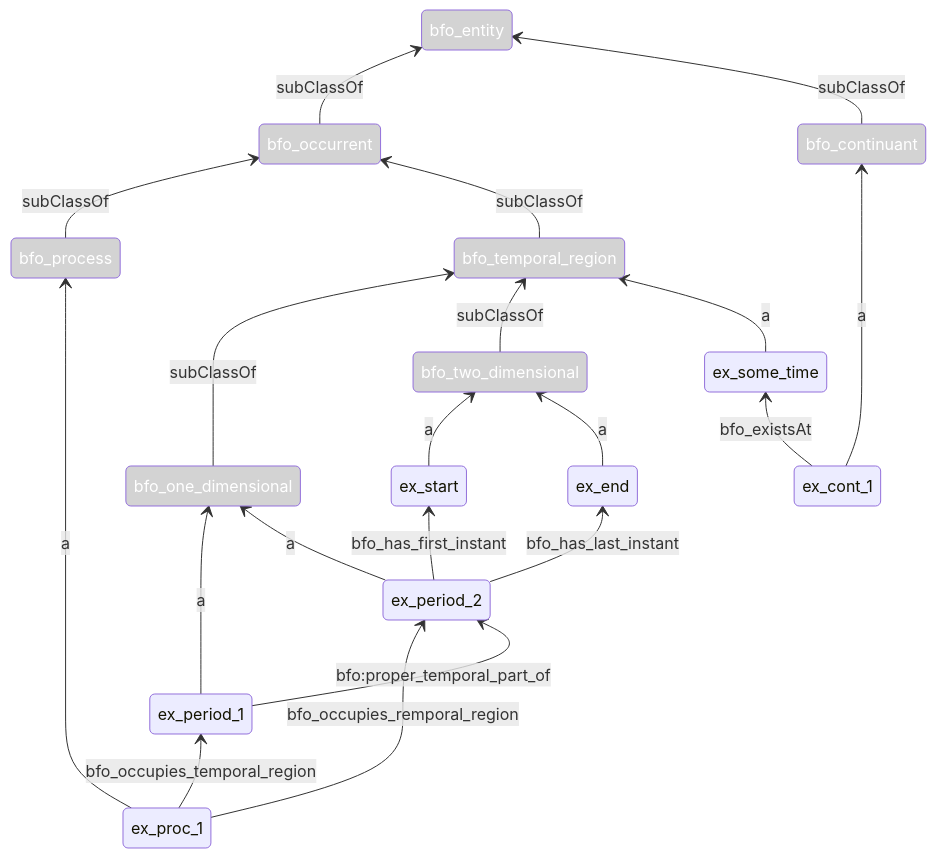
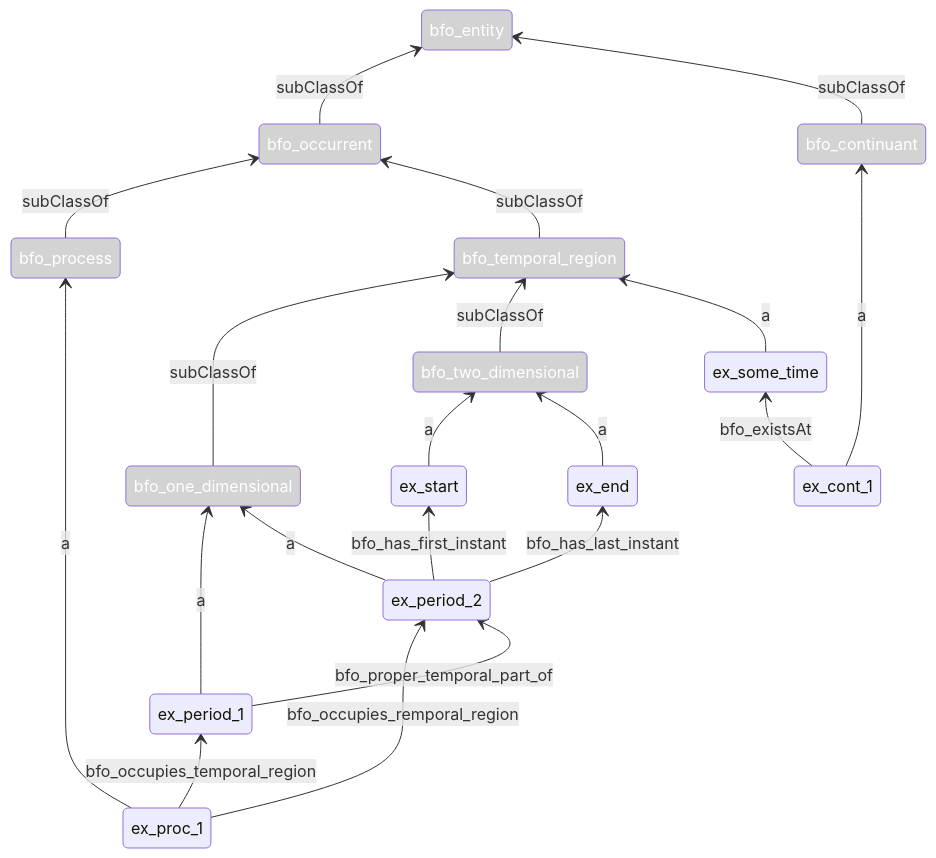
One commit to materialdigital/core-ontology changed the diagram in docs/patterns.md. Above: the diagram before and after it, drawn with Mermaid. The commit also changed other lines of this file, not shown here.

````diff
--- a/docs/patterns.md
+++ b/docs/patterns.md
@@ -41,44 +40,45 @@
 ```mermaid
+
 stateDiagram
 
 
   direction BT
 
   classDef clazz fill:lightgrey,color:white
   classDef ind font-size:small
   
   bfo_occurrent --> bfo_entity: subClassOf 
   bfo_continuant --> bfo_entity: subClassOf 
   bfo_process --> bfo_occurrent: subClassOf 
   bfo_temporal_region --> bfo_occurrent: subClassOf 
   bfo_one_dimensional --> bfo_temporal_region: subClassOf 
   bfo_two_dimensional --> bfo_temporal_region: subClassOf 
 
   class bfo_occurrent clazz  
   class bfo_entity clazz
   class bfo_continuant clazz
   class bfo_process clazz
   class bfo_temporal_region clazz
   class bfo_one_dimensional clazz
   class bfo_two_dimensional clazz
 
 
    ex_proc_1 --> bfo_process: a
    ex_period_1 --> bfo_one_dimensional: a
    ex_period_2 --> bfo_one_dimensional: a
    ex_proc_1 --> ex_period_1: bfo_occupies_temporal_region
    ex_proc_1 --> ex_period_2: bfo_occupies_remporal_region
    
    ex_some_time --> bfo_temporal_region: a 
    ex_cont_1 --> bfo_continuant: a
    ex_cont_1 --> ex_some_time: bfo_existsAt
 
    ex_start --> bfo_two_dimensional: a
    ex_end --> bfo_two_dimensional: a
    ex_period_2  --> ex_start: bfo_has_first_instant
    ex_period_2  --> ex_end: bfo_has_last_instant
-   ex_period_1 --> ex_period_2: bfo:proper_temporal_part_of
+   ex_period_1 --> ex_period_2: bfo_proper_temporal_part_of
 
 
 
 ```
````
